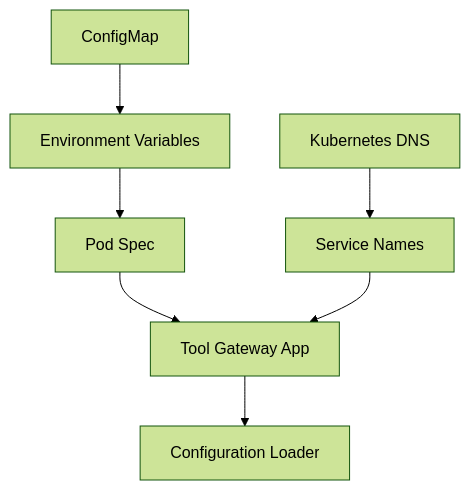
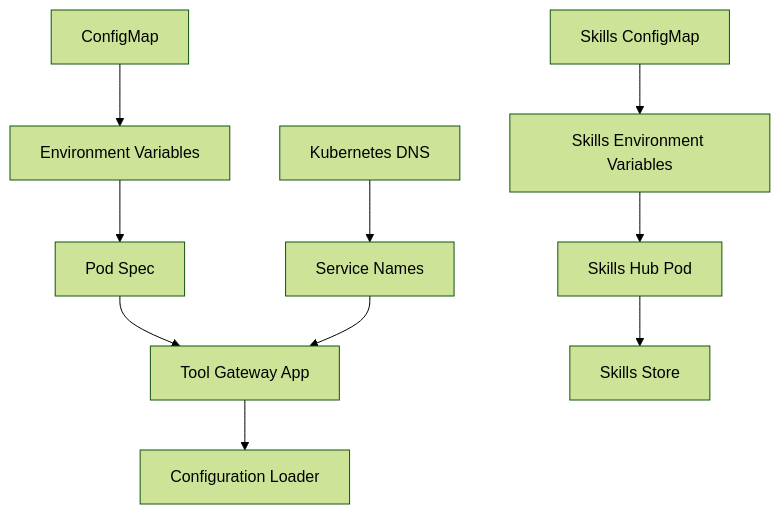
One commit to metasync/luban-aiops changed the tenth of 11 diagrams in .qoder/repowiki/en/content/Tool Gateway Service/Configuration and Environment Setup.md. Above: the diagram before and after it, drawn with Mermaid (forest theme). The commit also changed other lines of this file and 64 other files, not shown here.

Commit message:
docs: refresh repowiki knowledge cache for SPEC-014 skills hub

````diff
--- a/.qoder/repowiki/en/content/Tool Gateway Service/Configuration and Environment Setup.md
+++ b/.qoder/repowiki/en/content/Tool Gateway Service/Configuration and Environment Setup.md
@@ -301,9 +363,12 @@
 ```mermaid
 graph TB
 CM["ConfigMap"] --> ENV["Environment Variables"]
 ENV --> POD["Pod Spec"]
 POD --> APP["Tool Gateway App"]
 APP --> CFG["Configuration Loader"]
 DNS["Kubernetes DNS"] --> SVC["Service Names"]
 SVC --> APP
+SkillsCM["Skills ConfigMap"] --> SkillsENV["Skills Environment Variables"]
+SkillsENV --> SkillsPod["Skills Hub Pod"]
+SkillsPod --> SkillsStore["Skills Store"]
 ```
````
